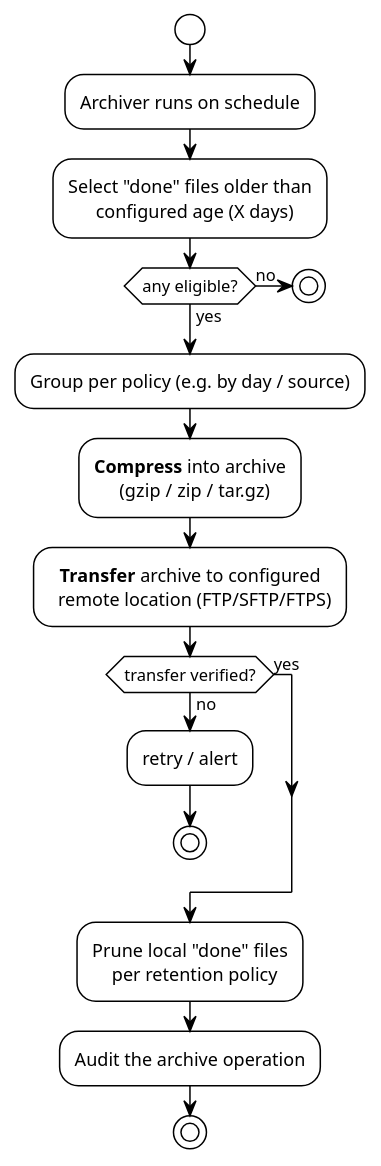
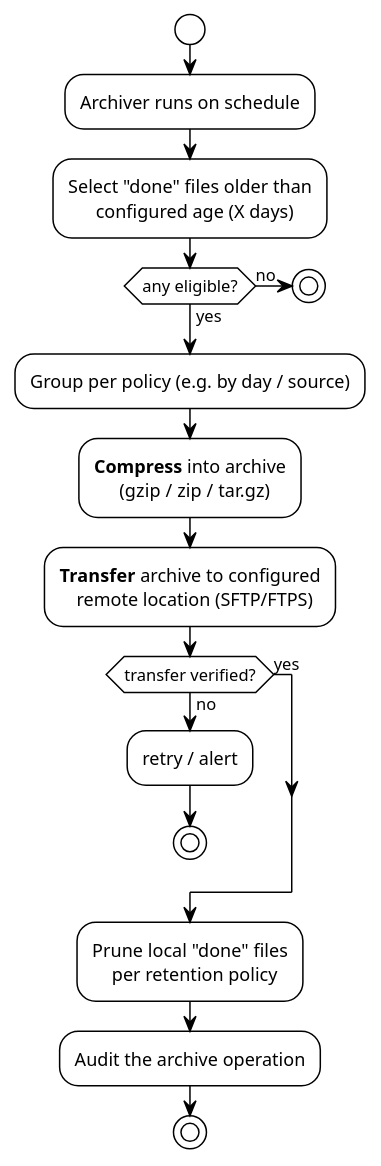
The second of 4 diagrams in docs/brs/06-functional-requirements.md (pgvanniekerk/baasparse), drawn with PlantUML before and after one commit. The commit also changed other lines of this file and 10 other files, not shown here.

````diff
--- a/docs/brs/06-functional-requirements.md
+++ b/docs/brs/06-functional-requirements.md
@@ -205,28 +212,28 @@
 ```plantuml
 @startuml archiving
 !theme plain
 skinparam defaultTextAlignment center
 start
 :Archiver runs on schedule;
 :Select "done" files older than
   configured age (X days);
 if (any eligible?) then (no)
   stop
 else (yes)
 endif
 :Group per policy (e.g. by day / source);
 :**Compress** into archive
   (gzip / zip / tar.gz);
 :**Transfer** archive to configured
-  remote location (FTP/SFTP/FTPS);
+  remote location (SFTP/FTPS);
 if (transfer verified?) then (no)
   :retry / alert;
   stop
 else (yes)
 endif
 :Prune local "done" files
   per retention policy;
 :Audit the archive operation;
 stop
 @enduml
 ```
````
